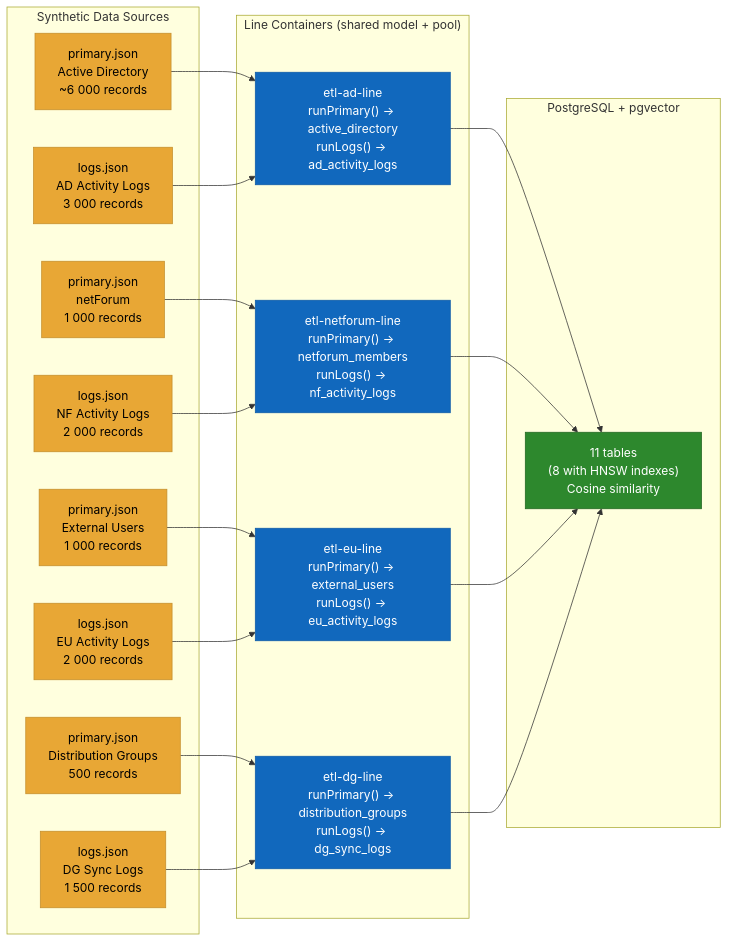
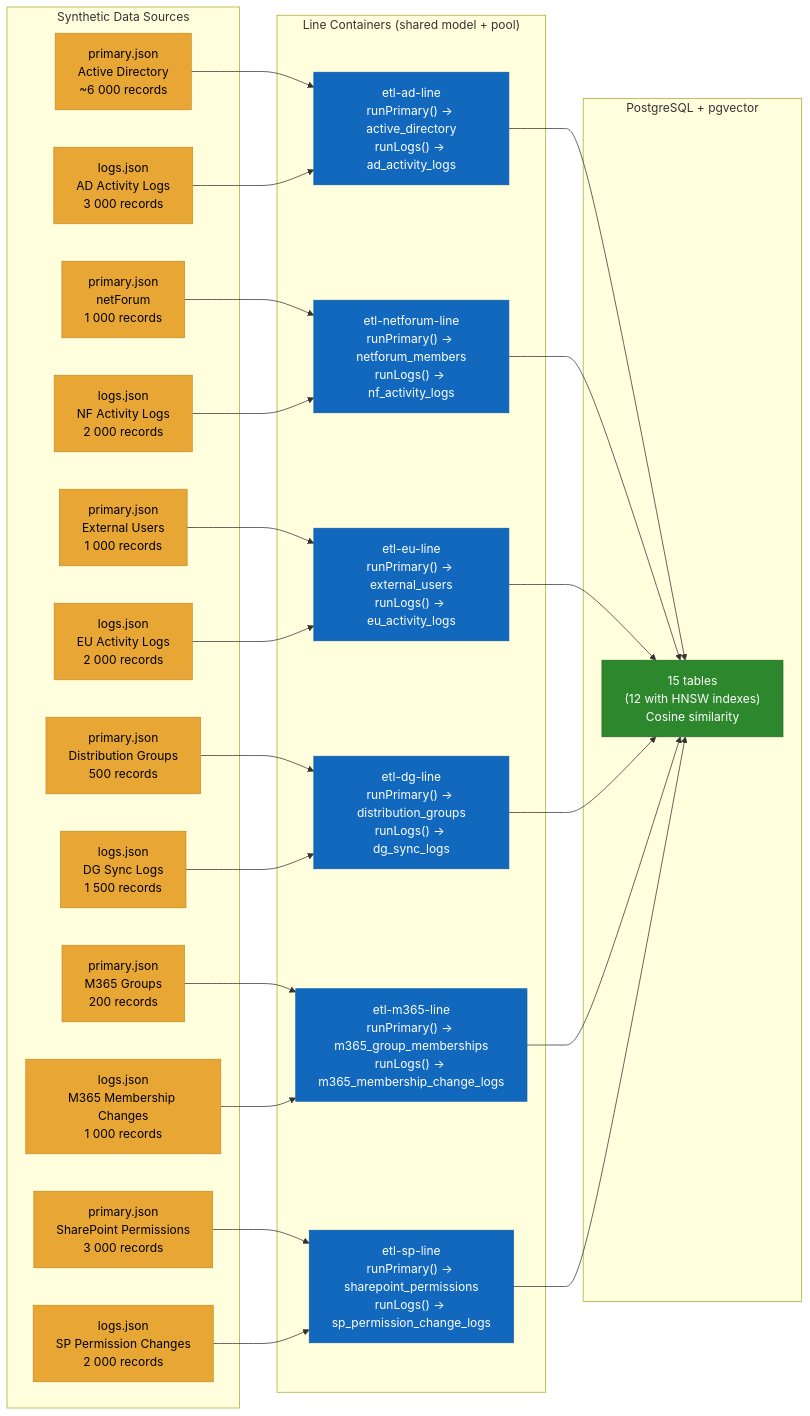
Before and after one commit to sjackshaw/user-search: the diagram in docs/diagrams/etl-data-flow.md, drawn with Mermaid. The commit also changed 30 other files, not shown here.

````diff
--- a/docs/diagrams/etl-data-flow.md
+++ b/docs/diagrams/etl-data-flow.md
@@ -3,33 +3,41 @@
 ```mermaid
 flowchart LR
     classDef source fill:#E8A735,stroke:#C48E2C,color:#000
     classDef process fill:#1168BD,stroke:#0E5BA7,color:#fff
     classDef store fill:#2D882D,stroke:#226622,color:#fff
 
     subgraph Sources [" Synthetic Data Sources "]
         P1["primary.json\nActive Directory\n~6 000 records"]:::source
         P2["primary.json\nnetForum\n1 000 records"]:::source
         P3["primary.json\nExternal Users\n1 000 records"]:::source
         P4["primary.json\nDistribution Groups\n500 records"]:::source
+        P5["primary.json\nM365 Groups\n200 records"]:::source
+        P6["primary.json\nSharePoint Permissions\n3 000 records"]:::source
         L1["logs.json\nAD Activity Logs\n3 000 records"]:::source
         L2["logs.json\nNF Activity Logs\n2 000 records"]:::source
         L3["logs.json\nEU Activity Logs\n2 000 records"]:::source
         L4["logs.json\nDG Sync Logs\n1 500 records"]:::source
+        L5["logs.json\nM365 Membership Changes\n1 000 records"]:::source
+        L6["logs.json\nSP Permission Changes\n2 000 records"]:::source
     end
 
     subgraph Lines [" Line Containers (shared model + pool) "]
         C1["etl-ad-line\nrunPrimary() → active_directory\nrunLogs() → ad_activity_logs"]:::process
         C2["etl-netforum-line\nrunPrimary() → netforum_members\nrunLogs() → nf_activity_logs"]:::process
         C3["etl-eu-line\nrunPrimary() → external_users\nrunLogs() → eu_activity_logs"]:::process
         C4["etl-dg-line\nrunPrimary() → distribution_groups\nrunLogs() → dg_sync_logs"]:::process
+        C5["etl-m365-line\nrunPrimary() → m365_group_memberships\nrunLogs() → m365_membership_change_logs"]:::process
+        C6["etl-sp-line\nrunPrimary() → sharepoint_permissions\nrunLogs() → sp_permission_change_logs"]:::process
     end
 
     subgraph Database [" PostgreSQL + pgvector "]
-        DB["11 tables\n(8 with HNSW indexes)\nCosine similarity"]:::store
+        DB["15 tables\n(12 with HNSW indexes)\nCosine similarity"]:::store
     end
 
     P1 & L1 --> C1 --> DB
     P2 & L2 --> C2 --> DB
     P3 & L3 --> C3 --> DB
     P4 & L4 --> C4 --> DB
+    P5 & L5 --> C5 --> DB
+    P6 & L6 --> C6 --> DB
 ```
````
